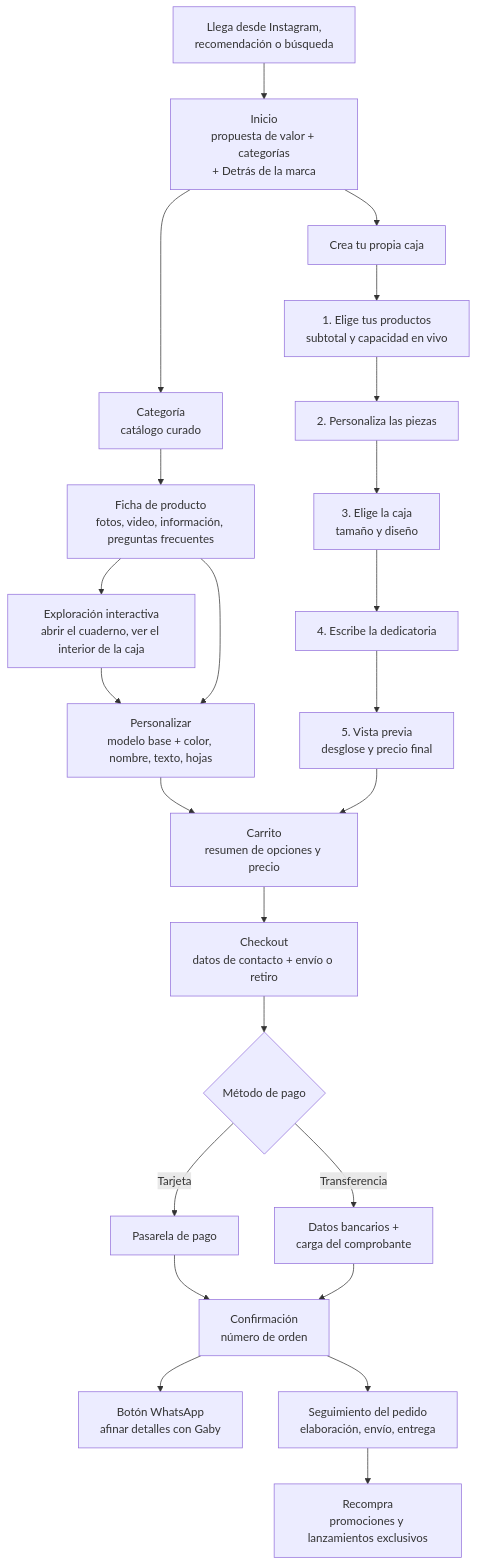
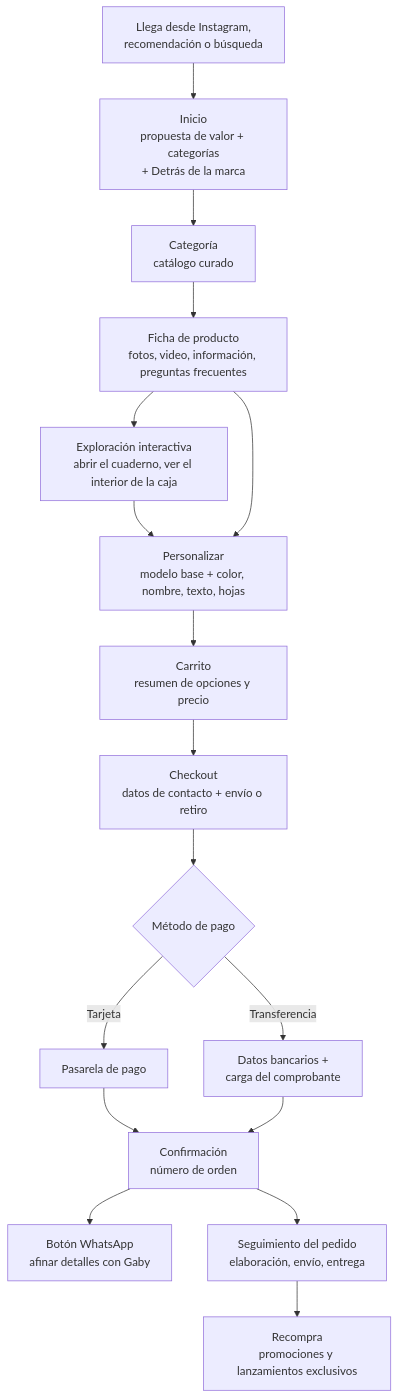
One commit to aparrauio/QBtienda changed the first of 11 diagrams in README.md. Above: the diagram before and after it, drawn with Mermaid. The commit also changed other lines of this file and 1 other file, not shown here.

````diff
--- a/README.md
+++ b/README.md
@@ -259,26 +265,19 @@
 ```mermaid
 flowchart TD
     A[Llega desde Instagram,<br/>recomendación o búsqueda] --> B[Inicio<br/>propuesta de valor + categorías<br/>+ Detrás de la marca]
     B --> C[Categoría<br/>catálogo curado]
     C --> D[Ficha de producto<br/>fotos, video, información, preguntas frecuentes]
     D --> E[Exploración interactiva<br/>abrir el cuaderno, ver el interior de la caja]
     E --> F[Personalizar<br/>modelo base + color, nombre, texto, hojas]
     D --> F
     F --> G[Carrito<br/>resumen de opciones y precio]
-    B --> CB[Crea tu propia caja]
-    CB --> CB1[1. Elige tus productos<br/>subtotal y capacidad en vivo]
-    CB1 --> CB2[2. Personaliza las piezas]
-    CB2 --> CB3[3. Elige la caja<br/>tamaño y diseño]
-    CB3 --> CB4[4. Escribe la dedicatoria]
-    CB4 --> CB5[5. Vista previa<br/>desglose y precio final]
-    CB5 --> G
     G --> H[Checkout<br/>datos de contacto + envío o retiro]
     H --> I{Método de pago}
     I -->|Tarjeta| J[Pasarela de pago]
     I -->|Transferencia| K[Datos bancarios +<br/>carga del comprobante]
     J --> L[Confirmación<br/>número de orden]
     K --> L
     L --> M[Botón WhatsApp<br/>afinar detalles con Gaby]
     L --> N[Seguimiento del pedido<br/>elaboración, envío, entrega]
     N --> O[Recompra<br/>promociones y lanzamientos exclusivos]
 ```
````
